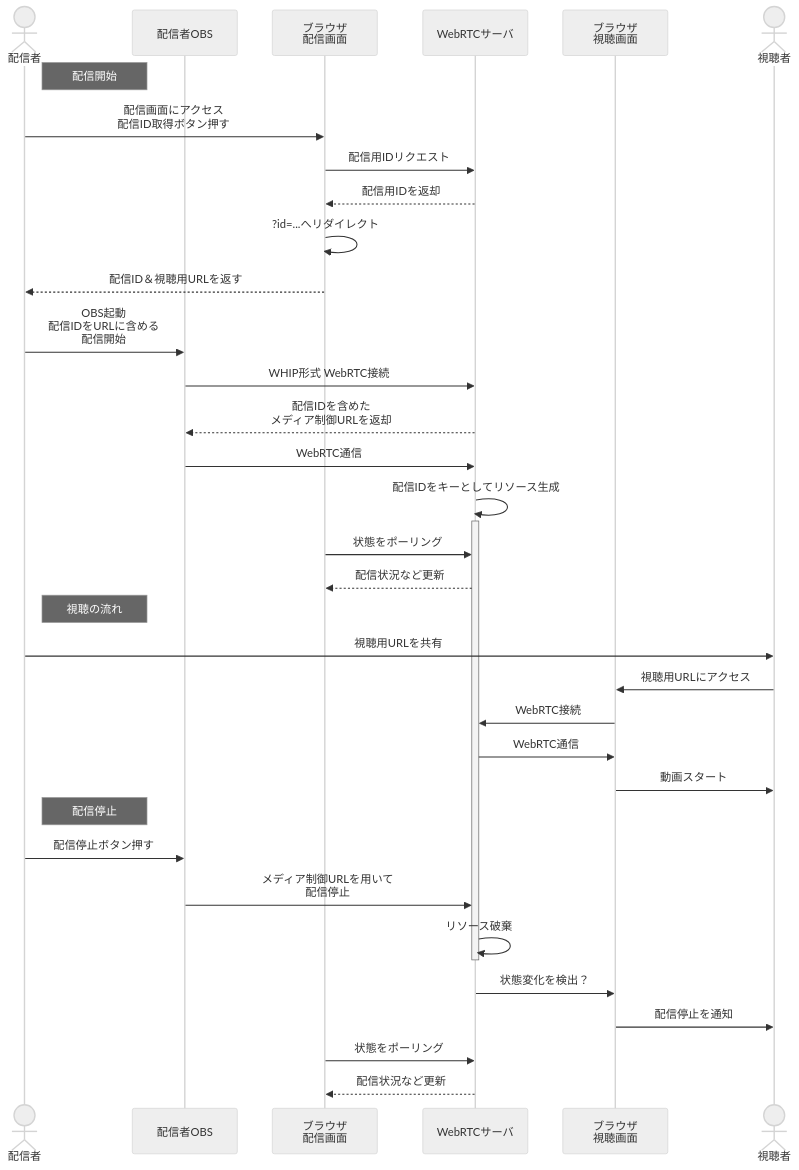
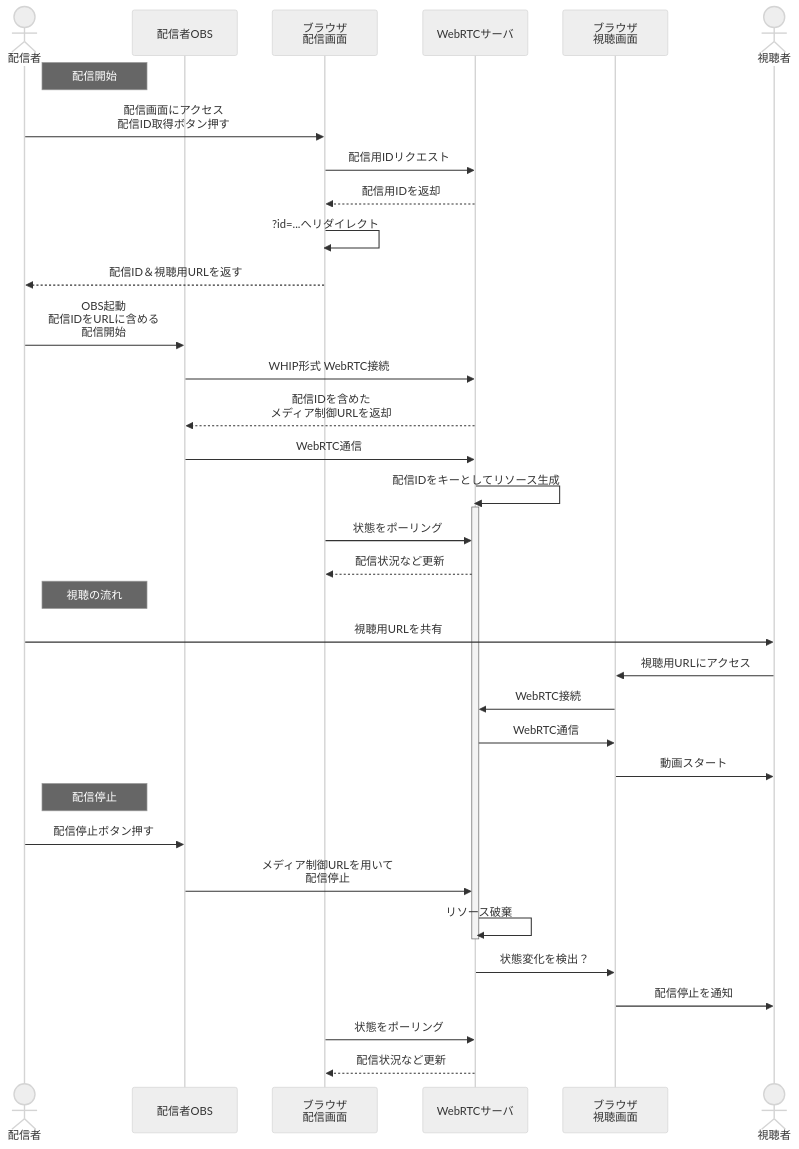
The first of 4 diagrams in README.md (Daiius/webrtc-server), drawn with Mermaid (neutral theme) before and after one commit. The commit also changed other lines of this file, not shown here.

First line of the commit message:
plantumlの図をmermaidに変更

````diff
--- a/README.md
+++ b/README.md
@@ -28,37 +28,38 @@
 ```mermaid
+%%{init: {"sequence": { "rightAngles": true } } }%%
 sequenceDiagram
     actor broadcaster as 配信者
     participant obs as 配信者OBS
     participant broadcaster_page as ブラウザ<br/>配信画面
     participant server as WebRTCサーバ 
     participant streamer_page as ブラウザ<br/>視聴画面
     actor streamer as 視聴者
 
     Note right of broadcaster : 配信開始
     broadcaster ->> broadcaster_page : 配信画面にアクセス<br/>配信ID取得ボタン押す
     broadcaster_page ->> server : 配信用IDリクエスト
     server -->> broadcaster_page : 配信用IDを返却
     broadcaster_page ->> broadcaster_page : ?id=...へリダイレクト
     broadcaster_page -->> broadcaster : 配信ID＆視聴用URLを返す
     broadcaster ->> obs : OBS起動<br/>配信IDをURLに含める<br/>配信開始
     obs ->> server : WHIP形式 WebRTC接続
     server -->> obs : 配信IDを含めた<br/>メディア制御URLを返却
     obs ->> server : WebRTC通信
     server ->>+ server : 配信IDをキーとしてリソース生成
     broadcaster_page ->> server : 状態をポーリング
     server -->> broadcaster_page : 配信状況など更新
     Note right of broadcaster : 視聴の流れ
     broadcaster ->> streamer : 視聴用URLを共有
     streamer ->> streamer_page : 視聴用URLにアクセス
     streamer_page ->> server : WebRTC接続
     server ->> streamer_page : WebRTC通信
     streamer_page ->> streamer : 動画スタート
     Note right of broadcaster : 配信停止
     broadcaster ->> obs : 配信停止ボタン押す
     obs ->> server : メディア制御URLを用いて<br/>配信停止
     server ->>-server : リソース破棄
     server ->> streamer_page : 状態変化を検出？
     streamer_page ->> streamer : 配信停止を通知
     broadcaster_page ->> server : 状態をポーリング
     server -->> broadcaster_page : 配信状況など更新
 ```
````
